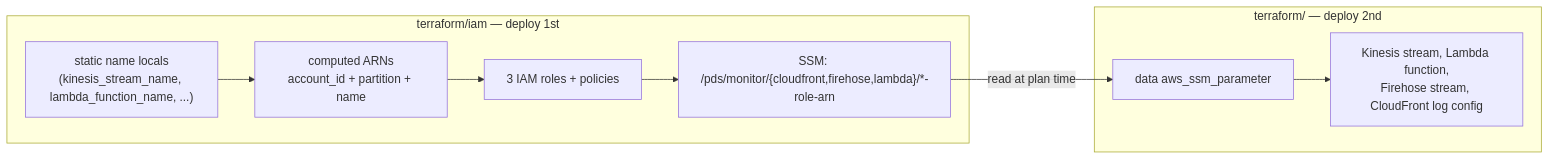
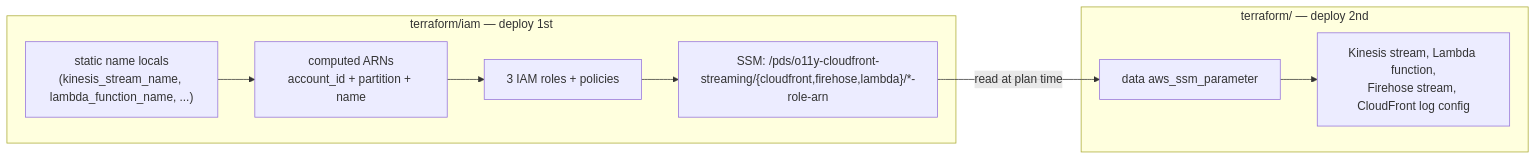
One commit to NASA-PDS/o11y-cloudfront-streaming changed the first of 2 diagrams in terraform/README.md. Above: the diagram before and after it, drawn with Mermaid. The commit also changed other lines of this file and 8 other files, not shown here.

````diff
--- a/terraform/README.md
+++ b/terraform/README.md
@@ -25,18 +25,18 @@
 ```mermaid
 flowchart LR
     subgraph iam["terraform/iam — deploy 1st"]
         NAMES["static name locals\n(kinesis_stream_name, lambda_function_name, ...)"]
         COMPUTE["computed ARNs\naccount_id + partition + name"]
         ROLES["3 IAM roles + policies"]
         NAMES --> COMPUTE --> ROLES
-        ROLES --> PUB["SSM: /pds/monitor/{cloudfront,firehose,lambda}/*-role-arn"]
+        ROLES --> PUB["SSM: /pds/o11y-cloudfront-streaming/{cloudfront,firehose,lambda}/*-role-arn"]
     end
 
     subgraph main["terraform/ — deploy 2nd"]
         SUB["data aws_ssm_parameter"]
         RES["Kinesis stream, Lambda function,\nFirehose stream, CloudFront log config"]
         SUB --> RES
     end
 
     PUB -->|"read at plan time"| SUB
 ```
````
